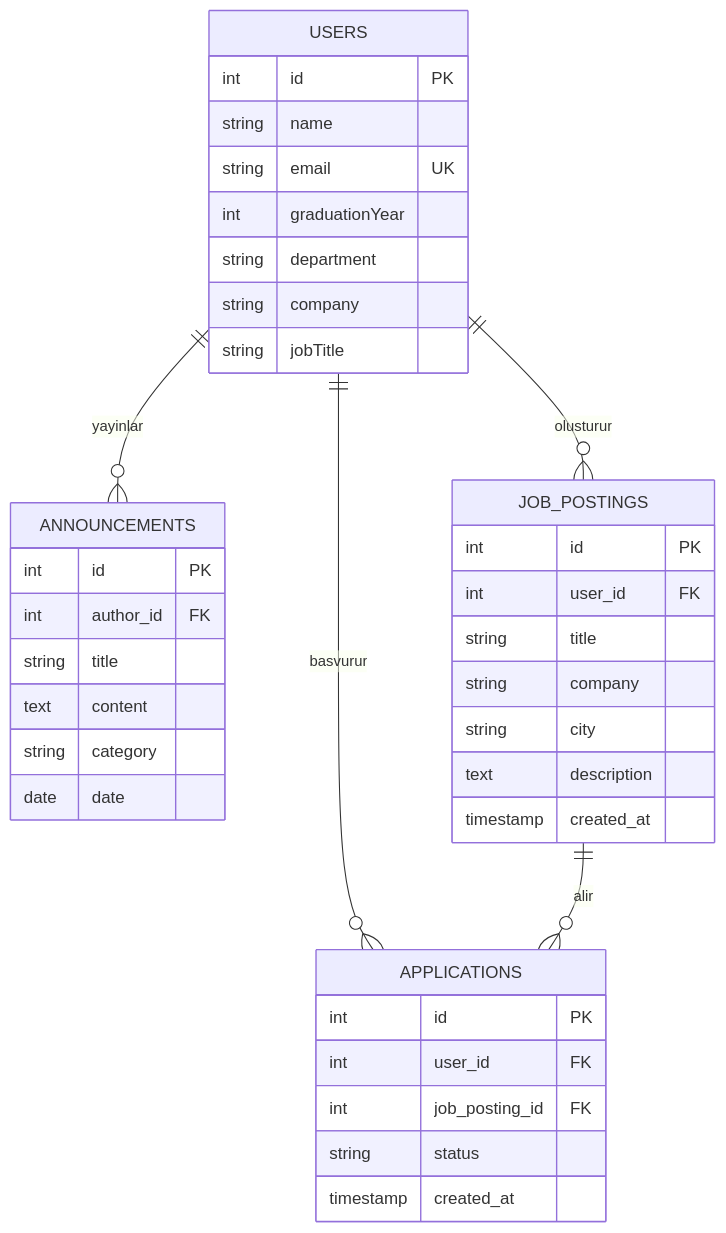
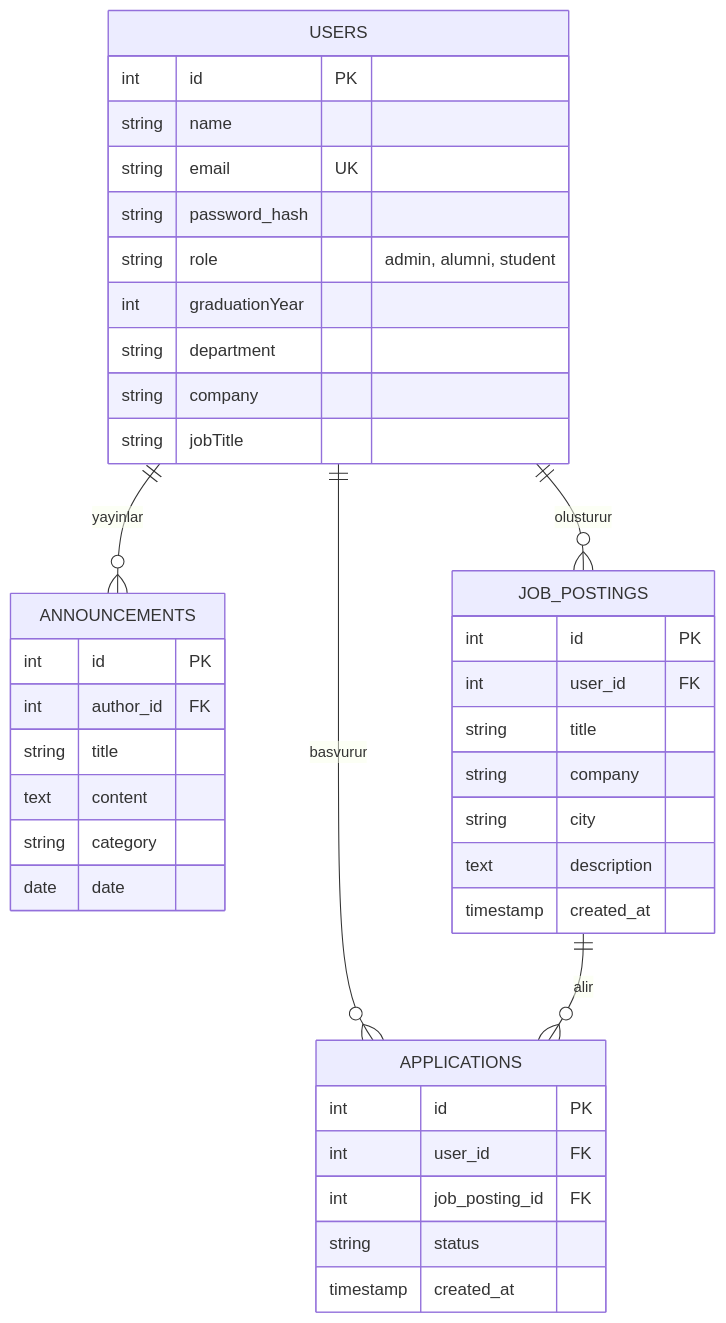
The diagram in ddd.md (ADNARAGORN/alumni), drawn with Mermaid before and after one commit. The commit also changed other lines of this file and 43 other files, not shown here.

````diff
--- a/ddd.md
+++ b/ddd.md
@@ -96,40 +124,42 @@
 ```mermaid
 erDiagram
     USERS ||--o{ ANNOUNCEMENTS : yayinlar
     USERS ||--o{ JOB_POSTINGS : olusturur
     USERS ||--o{ APPLICATIONS : basvurur
     JOB_POSTINGS ||--o{ APPLICATIONS : alir
     USERS {
         int id PK
         string name
         string email UK
+        string password_hash
+        string role "admin, alumni, student"
         int graduationYear
         string department
         string company
         string jobTitle
     }
     ANNOUNCEMENTS {
         int id PK
         int author_id FK
         string title
         text content
         string category
         date date
     }
     JOB_POSTINGS {
         int id PK
         int user_id FK
         string title
         string company
         string city
         text description
         timestamp created_at
     }
     APPLICATIONS {
         int id PK
         int user_id FK
         int job_posting_id FK
         string status
         timestamp created_at
     }
 ```
````
